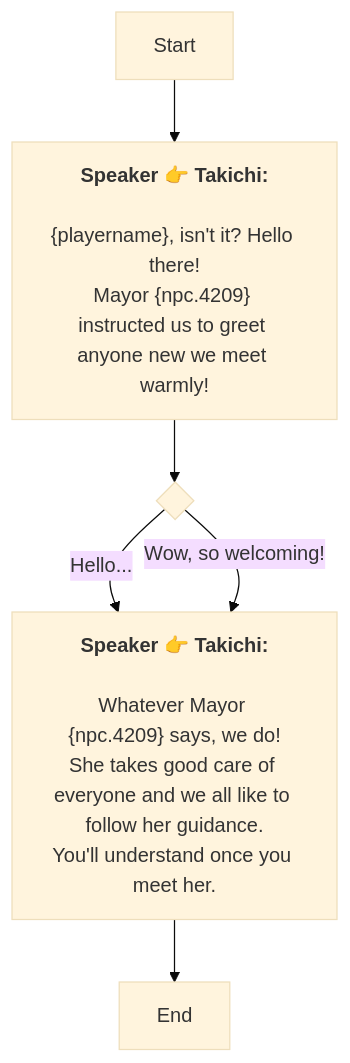
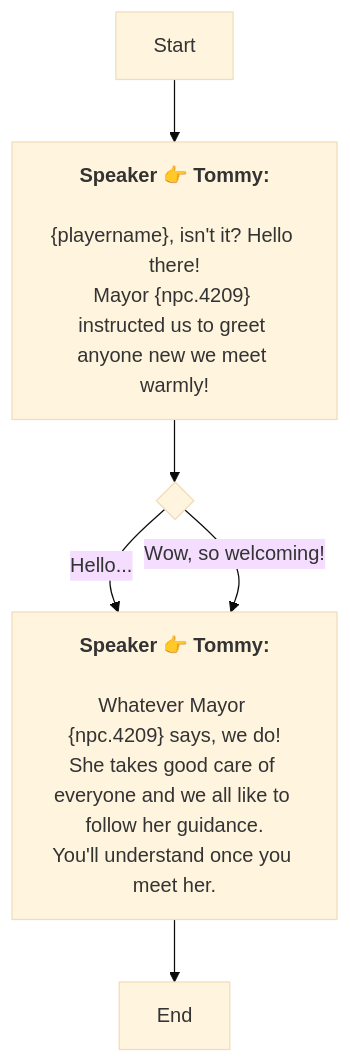
One commit to SoftHu/tos_avg changed the diagram in En/AddDialogNode_1741891507856655.md. Above: the diagram before and after it, drawn with Mermaid (base theme). The commit also changed 297 other files, not shown here.

````diff
--- a/En/AddDialogNode_1741891507856655.md
+++ b/En/AddDialogNode_1741891507856655.md
@@ -1,20 +1,20 @@
 ```mermaid
 graph
-Start -->1741899941162299[<b>Speaker 👉 Takichi:</b>
+Start -->1741899941162299[<b>Speaker 👉 Tommy:</b>
 
 &lbrace;playername&rbrace;, isn't it? Hello there!
 Mayor &lbrace;npc.4209&rbrace; instructed us to greet anyone new we meet warmly!]
 1741899941162299 -->1741900441455932{ }
-1741900441455932 -->|Hello...|1741900457358657[<b>Speaker 👉 Takichi:</b>
+1741900441455932 -->|Hello...|1741900457358657[<b>Speaker 👉 Tommy:</b>
 
 Whatever Mayor &lbrace;npc.4209&rbrace; says, we do!
 She takes good care of everyone and we all like to follow her guidance.
 You'll understand once you meet her.]
-1741900441455932 -->|Wow, so welcoming!|1741900457358657[<b>Speaker 👉 Takichi:</b>
+1741900441455932 -->|Wow, so welcoming!|1741900457358657[<b>Speaker 👉 Tommy:</b>
 
 Whatever Mayor &lbrace;npc.4209&rbrace; says, we do!
 She takes good care of everyone and we all like to follow her guidance.
 You'll understand once you meet her.]
 1741900457358657 -->1741900507553090[End]
 
  ```
````
